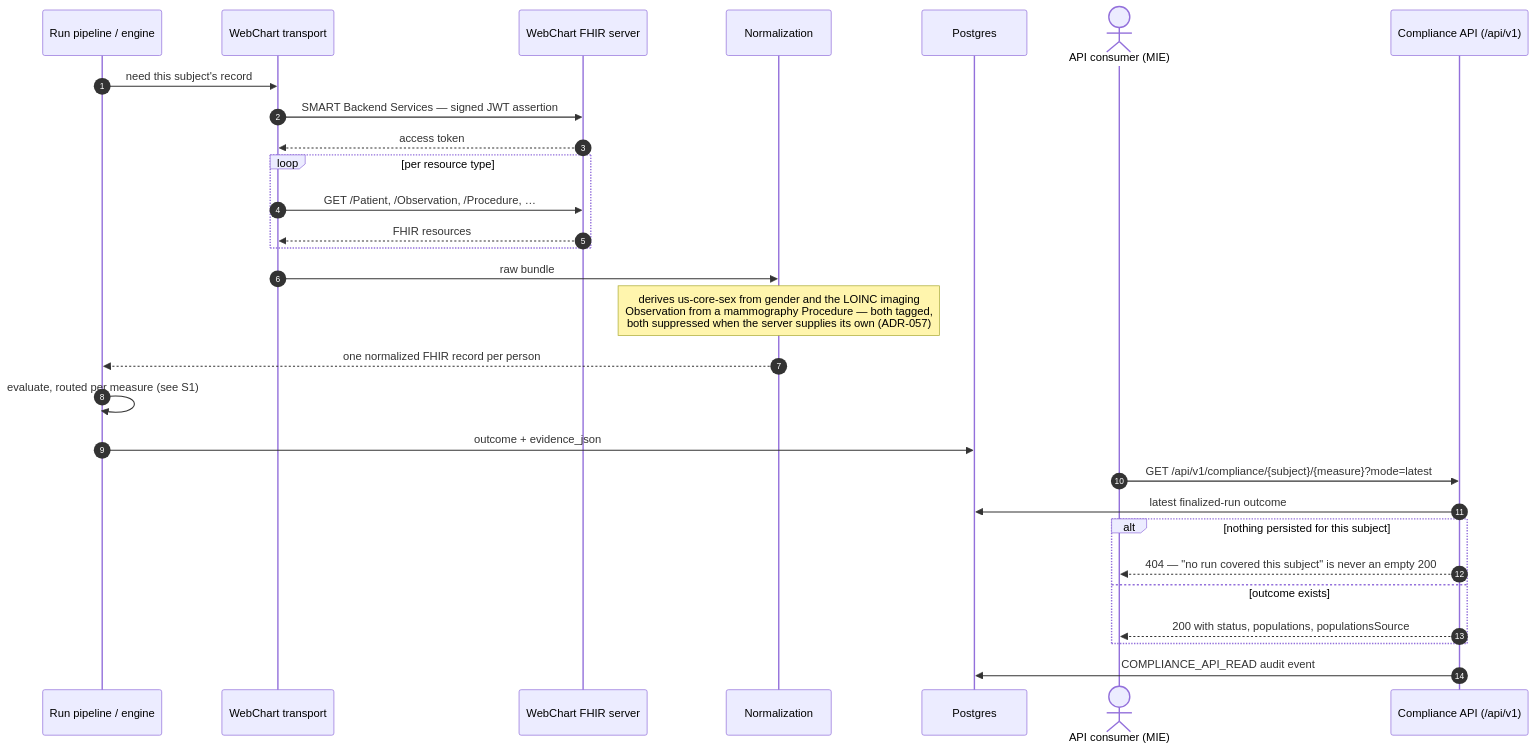
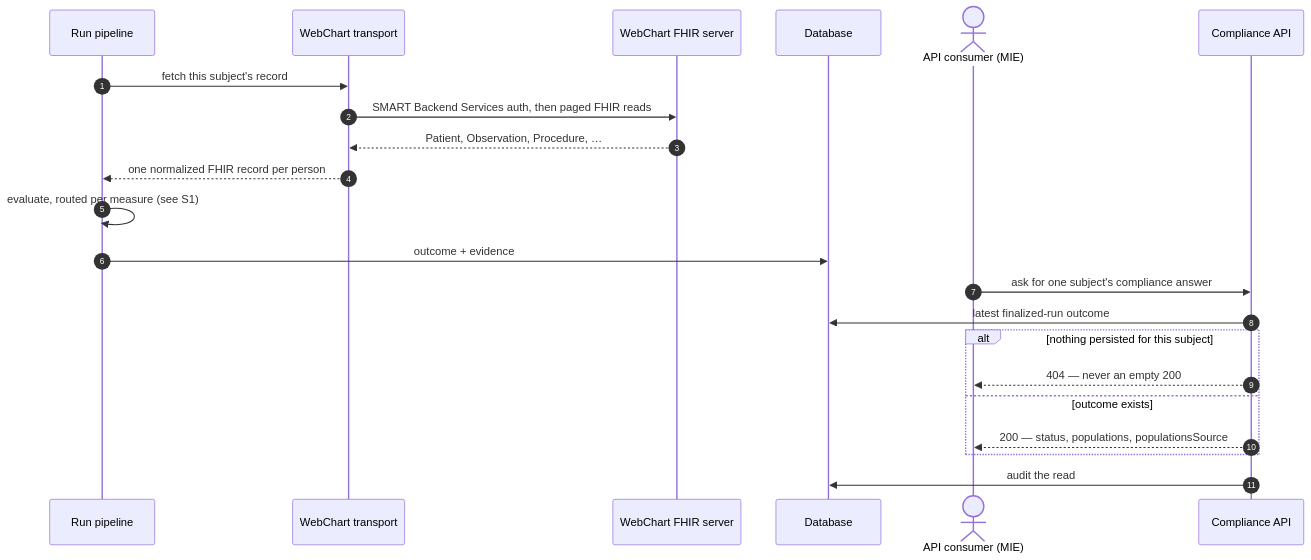
The second of 6 diagrams in docs/guide/10-scenarios.md (Taleef7/workwell), drawn with Mermaid before and after one commit. The commit also changed other lines of this file, not shown here.

````diff
--- a/docs/guide/10-scenarios.md
+++ b/docs/guide/10-scenarios.md
@@ -88,31 +85,24 @@
 ```mermaid
 sequenceDiagram
   autonumber
-  participant Pipe as Run pipeline / engine
+  participant Pipe as Run pipeline
   participant TX as WebChart transport
   participant WC as WebChart FHIR server
-  participant N as Normalization
-  participant DB as Postgres
+  participant DB as Database
   actor MIE as API consumer (MIE)
-  participant CAPI as Compliance API (/api/v1)
-  Pipe->>TX: need this subject's record
-  TX->>WC: SMART Backend Services — signed JWT assertion
-  WC-->>TX: access token
-  loop per resource type
-    TX->>WC: GET /Patient, /Observation, /Procedure, …
-    WC-->>TX: FHIR resources
-  end
-  TX->>N: raw bundle
-  Note over N: derives us-core-sex from gender and the LOINC imaging<br/>Observation from a mammography Procedure — both tagged,<br/>both suppressed when the server supplies its own (ADR-057)
-  N-->>Pipe: one normalized FHIR record per person
+  participant CAPI as Compliance API
+  Pipe->>TX: fetch this subject's record
+  TX->>WC: SMART Backend Services auth, then paged FHIR reads
+  WC-->>TX: Patient, Observation, Procedure, …
+  TX-->>Pipe: one normalized FHIR record per person
   Pipe->>Pipe: evaluate, routed per measure (see S1)
-  Pipe->>DB: outcome + evidence_json
-  MIE->>CAPI: GET /api/v1/compliance/{subject}/{measure}?mode=latest
+  Pipe->>DB: outcome + evidence
+  MIE->>CAPI: ask for one subject's compliance answer
   CAPI->>DB: latest finalized-run outcome
   alt nothing persisted for this subject
-    CAPI-->>MIE: 404 — "no run covered this subject" is never an empty 200
+    CAPI-->>MIE: 404 — never an empty 200
   else outcome exists
-    CAPI-->>MIE: 200 with status, populations, populationsSource
+    CAPI-->>MIE: 200 — status, populations, populationsSource
   end
-  CAPI->>DB: COMPLIANCE_API_READ audit event
+  CAPI->>DB: audit the read
 ```
````
